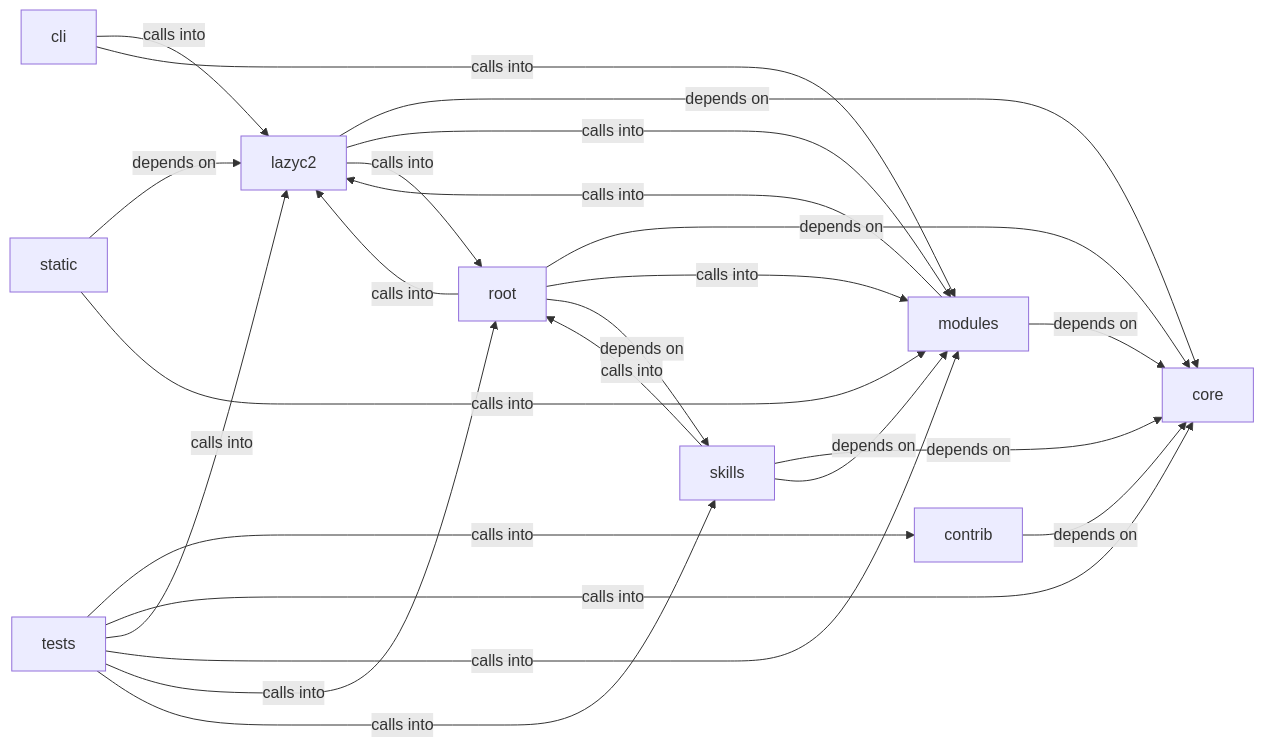
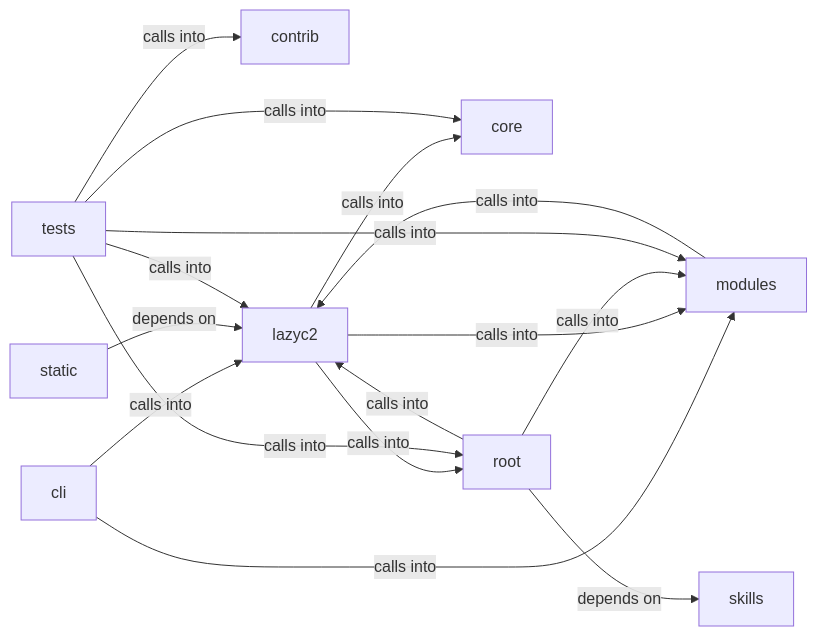
Before and after one commit to grisuno/LazyOwn: the diagram in readmenator-diagrams/modules_lazyc2.md, drawn with Mermaid. The commit also changed other lines of this file and 378 other files, not shown here.

````diff
--- a/readmenator-diagrams/modules_lazyc2.md
+++ b/readmenator-diagrams/modules_lazyc2.md
@@ -5,35 +5,27 @@
 ```mermaid
 graph LR
     cli["cli"]
     contrib["contrib"]
     core["core"]
     lazyc2["lazyc2"]
     modules["modules"]
     root["root"]
     skills["skills"]
     static["static"]
     tests["tests"]
     cli -- "calls into" --> lazyc2
     cli -- "calls into" --> modules
-    contrib -- "depends on" --> core
-    lazyc2 -- "depends on" --> core
+    lazyc2 -- "calls into" --> core
     lazyc2 -- "calls into" --> modules
     lazyc2 -- "calls into" --> root
-    modules -- "depends on" --> core
     modules -- "calls into" --> lazyc2
-    root -- "depends on" --> core
     root -- "calls into" --> lazyc2
     root -- "calls into" --> modules
     root -- "depends on" --> skills
-    skills -- "depends on" --> core
-    skills -- "depends on" --> modules
-    skills -- "calls into" --> root
     static -- "depends on" --> lazyc2
-    static -- "calls into" --> modules
     tests -- "calls into" --> contrib
     tests -- "calls into" --> core
     tests -- "calls into" --> lazyc2
     tests -- "calls into" --> modules
     tests -- "calls into" --> root
-    tests -- "calls into" --> skills
 ```
````
